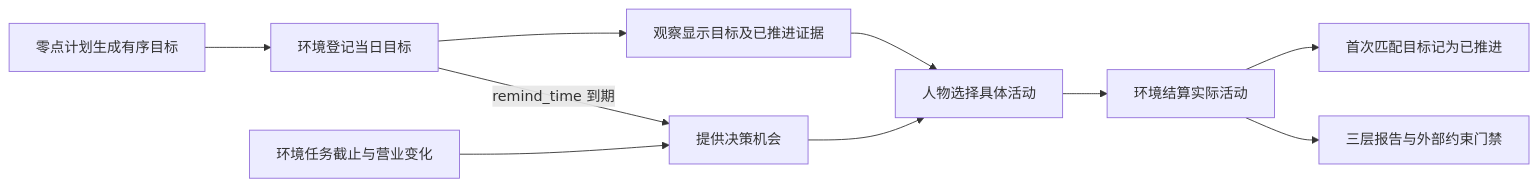
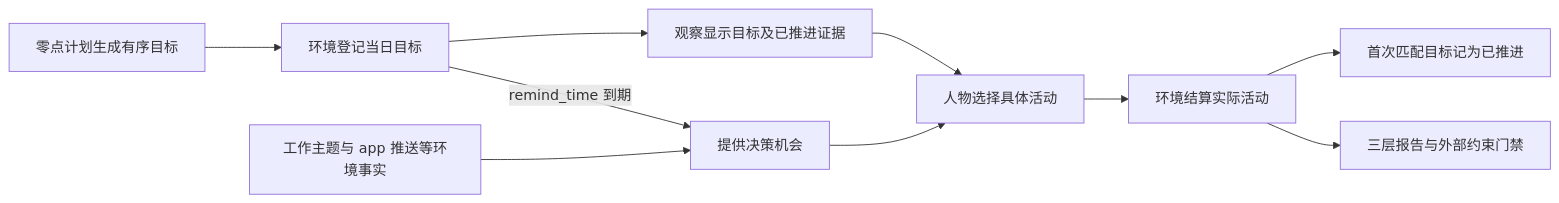
One commit to HoldThatThgt/WorldMock changed the first of 2 diagrams in docs/dev/SPEC-day-plan-goals.md. Above: the diagram before and after it, drawn with Mermaid. The commit also changed other lines of this file and 236 other files, not shown here.

````diff
--- a/docs/dev/SPEC-day-plan-goals.md
+++ b/docs/dev/SPEC-day-plan-goals.md
@@ -54,12 +56,12 @@
 ```mermaid
 flowchart LR
     P[零点计划生成有序目标] --> R[环境登记当日目标]
     R --> O[观察显示目标及已推进证据]
     O --> A[人物选择具体活动]
     A --> S[环境结算实际活动]
     S --> G[首次匹配目标记为已推进]
-    E[环境任务截止与营业变化] --> W[提供决策机会]
+    E[工作主题与 app 推送等环境事实] --> W[提供决策机会]
     R -->|remind_time 到期| W
     W --> A
     S --> Q[三层报告与外部约束门禁]
 ```
````
